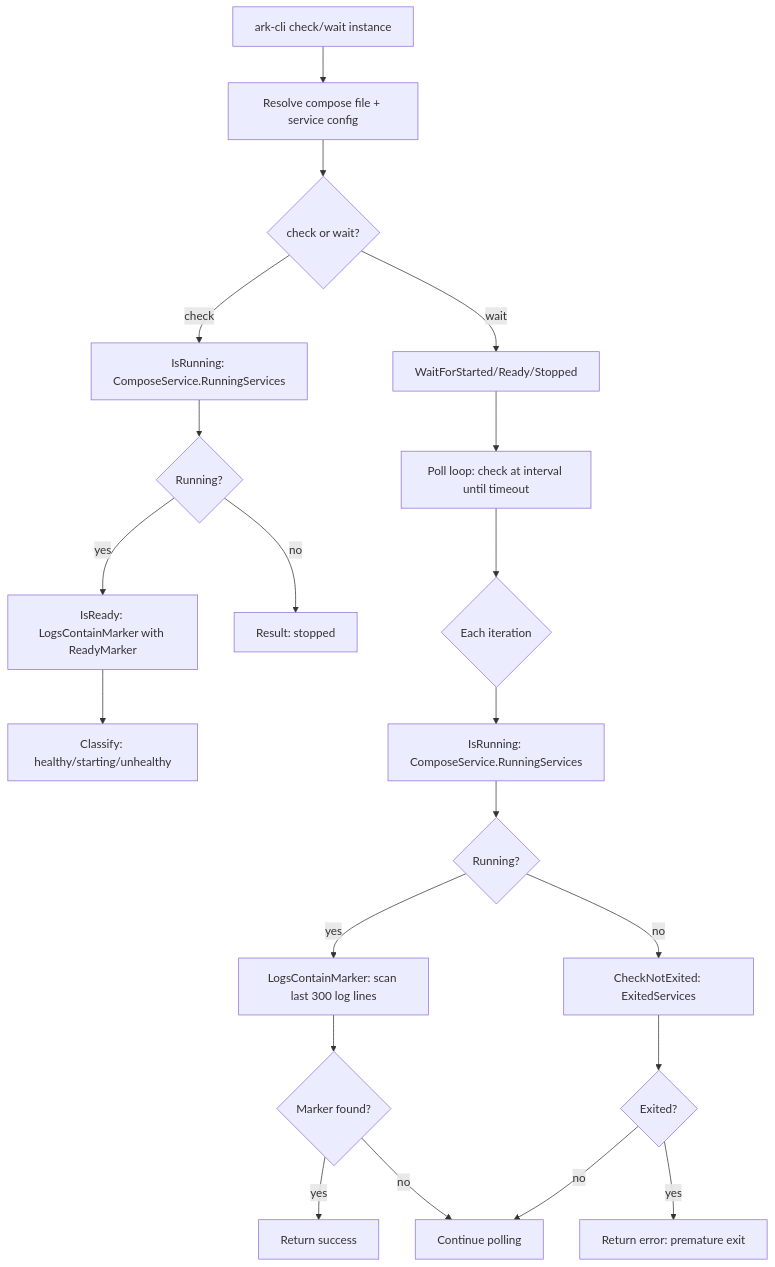
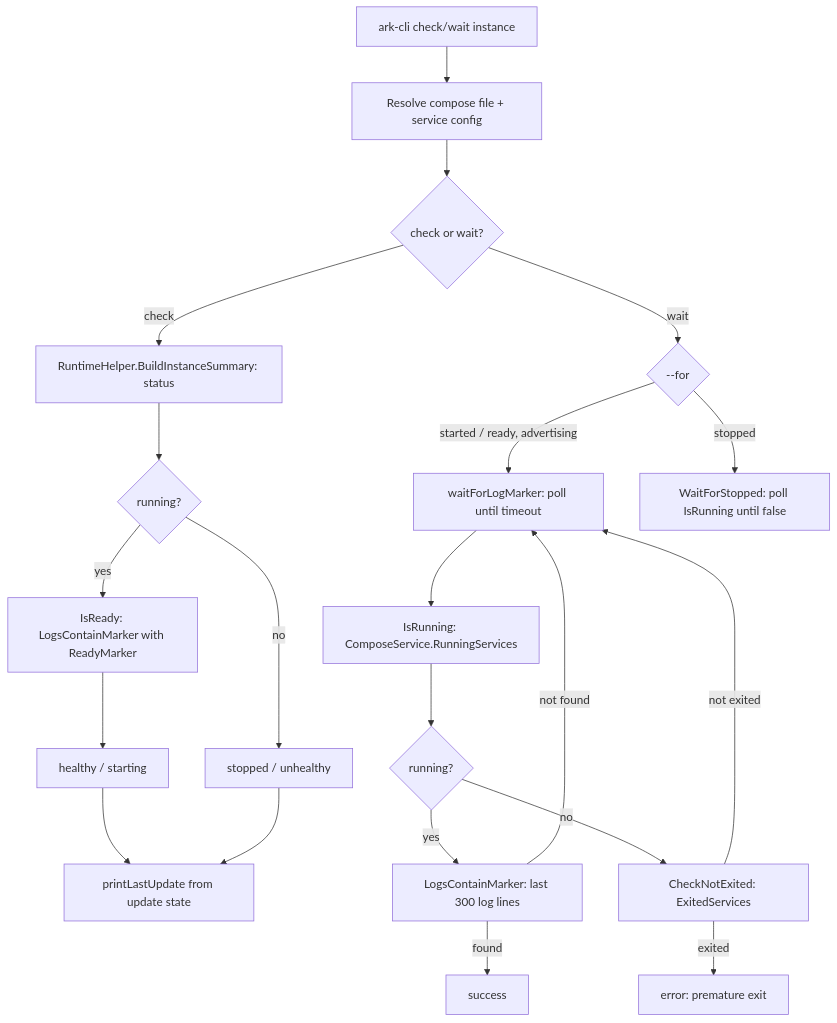
One commit to bryanwieg/arkascended-server changed the eighth of 12 diagrams in docs/dev/reference/runtime-call-graph.md. Above: the diagram before and after it, drawn with Mermaid. The commit also changed other lines of this file and 38 other files, not shown here.

````diff
--- a/docs/dev/reference/runtime-call-graph.md
+++ b/docs/dev/reference/runtime-call-graph.md
@@ -188,23 +211,23 @@
 ```mermaid
 flowchart TD
     A[ark-cli check/wait instance] --> B[Resolve compose file + service config]
     B --> C{check or wait?}
-    C -- check --> D[IsRunning: ComposeService.RunningServices]
-    D --> E{Running?}
-    E -- yes --> F[IsReady: LogsContainMarker with ReadyMarker]
-    F --> G[Classify: healthy/starting/unhealthy]
-    E -- no --> H[Result: stopped]
-    C -- wait --> I[WaitForStarted/Ready/Stopped]
-    I --> J[Poll loop: check at interval until timeout]
-    J --> K{Each iteration}
-    K --> L[IsRunning: ComposeService.RunningServices]
-    L --> M{Running?}
-    M -- yes --> N[LogsContainMarker: scan last 300 log lines]
-    N --> O{Marker found?}
-    O -- yes --> P[Return success]
-    O -- no --> Q[Continue polling]
-    M -- no --> R[CheckNotExited: ExitedServices]
-    R --> S{Exited?}
-    S -- yes --> T[Return error: premature exit]
-    S -- no --> Q
+    C -->|"check"| D[RuntimeHelper.BuildInstanceSummary: status]
+    D --> E{running?}
+    E -->|"yes"| F[IsReady: LogsContainMarker with ReadyMarker]
+    F --> G[healthy / starting]
+    E -->|"no"| H[stopped / unhealthy]
+    G --> G1[printLastUpdate from update state]
+    H --> G1
+    C -->|"wait"| I{--for}
+    I -->|"started / ready, advertising"| J[waitForLogMarker: poll until timeout]
+    J --> L[IsRunning: ComposeService.RunningServices]
+    L --> M{running?}
+    M -->|"yes"| N[LogsContainMarker: last 300 log lines]
+    N -->|"found"| P[success]
+    N -->|"not found"| J
+    M -->|"no"| R[CheckNotExited: ExitedServices]
+    R -->|"exited"| T[error: premature exit]
+    R -->|"not exited"| J
+    I -->|"stopped"| WS[WaitForStopped: poll IsRunning until false]
 ```
````
